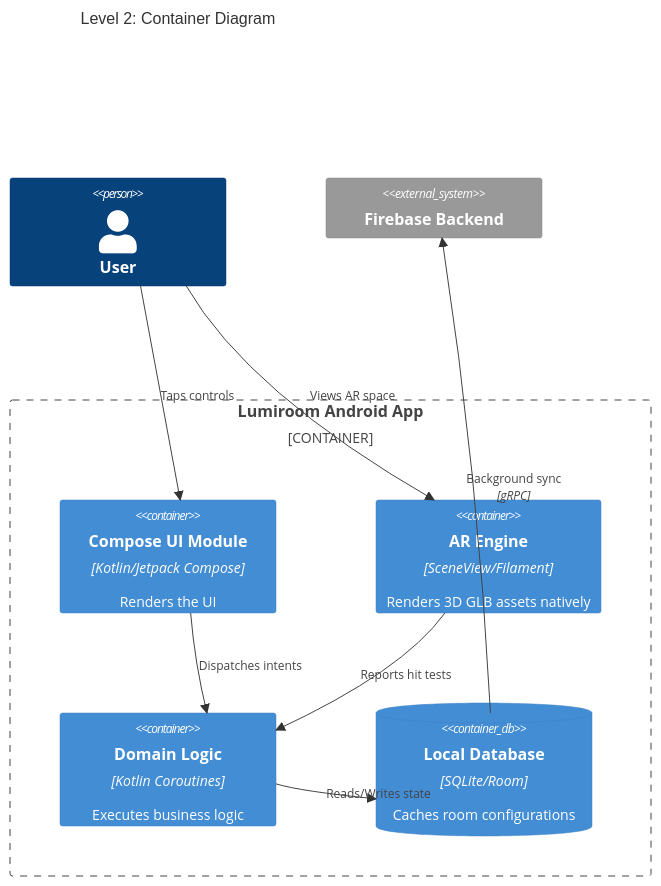
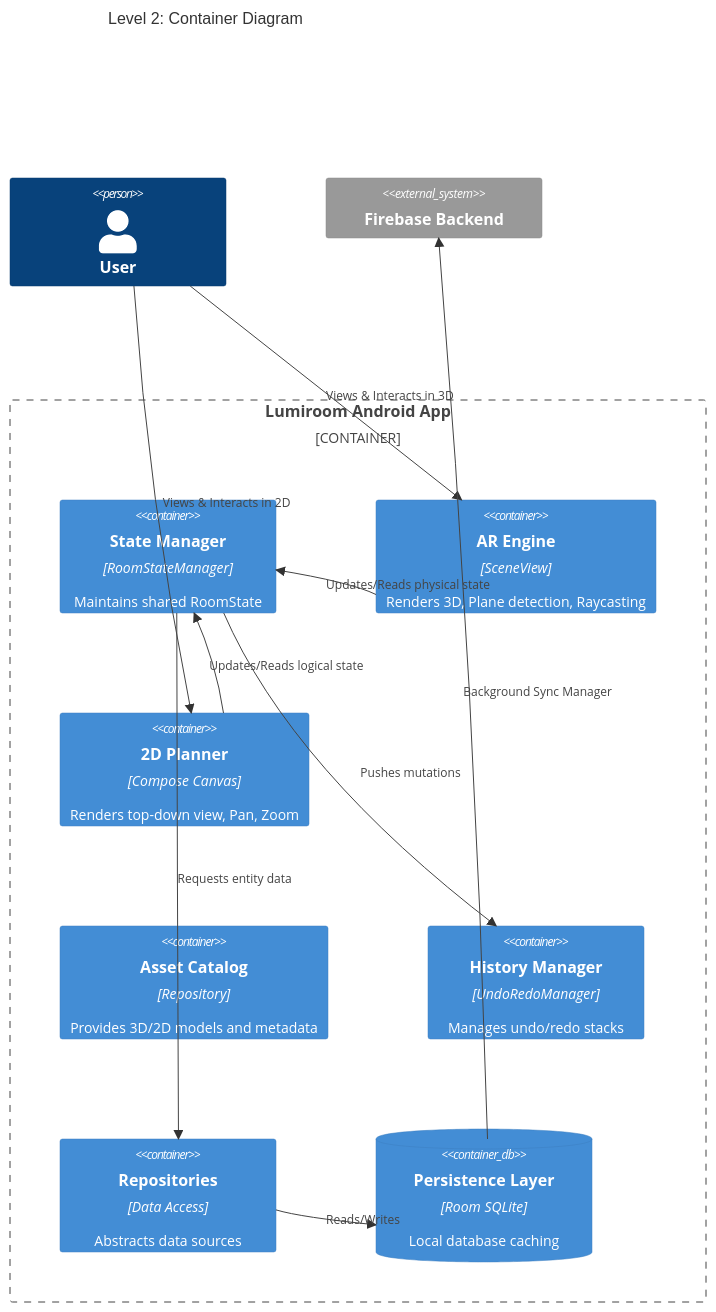
The second of 3 diagrams in docs/C4Architecture.md (Vinoth-ai-20/lumiroom), drawn with Mermaid before and after one commit. The commit also changed other lines of this file and 63 other files, not shown here.

First line of the commit message:
fix(room-planner): improve hit-testing, drag behavior, and visual selection

````diff
--- a/docs/C4Architecture.md
+++ b/docs/C4Architecture.md
@@ -37,22 +34,27 @@
 ```mermaid
 C4Container
     title Level 2: Container Diagram
     
     Person(user, "User")
     
     Container_Boundary(mobile, "Lumiroom Android App") {
-        Container(ui, "Compose UI Module", "Kotlin/Jetpack Compose", "Renders the UI")
-        Container(ar_engine, "AR Engine", "SceneView/Filament", "Renders 3D GLB assets natively")
-        Container(domain, "Domain Logic", "Kotlin Coroutines", "Executes business logic")
-        ContainerDb(room, "Local Database", "SQLite/Room", "Caches room configurations")
+        Container(state_manager, "State Manager", "RoomStateManager", "Maintains shared RoomState")
+        Container(ar_engine, "AR Engine", "SceneView", "Renders 3D, Plane detection, Raycasting")
+        Container(planner_2d, "2D Planner", "Compose Canvas", "Renders top-down view, Pan, Zoom")
+        Container(asset_catalog, "Asset Catalog", "Repository", "Provides 3D/2D models and metadata")
+        Container(history, "History Manager", "UndoRedoManager", "Manages undo/redo stacks")
+        Container(repos, "Repositories", "Data Access", "Abstracts data sources")
+        ContainerDb(persistence, "Persistence Layer", "Room SQLite", "Local database caching")
     }
     
     System_Ext(firebase, "Firebase Backend")
     
-    Rel(user, ui, "Taps controls")
-    Rel(user, ar_engine, "Views AR space")
-    Rel(ui, domain, "Dispatches intents")
-    Rel(ar_engine, domain, "Reports hit tests")
-    Rel(domain, room, "Reads/Writes state")
-    Rel(room, firebase, "Background sync", "gRPC")
+    Rel(user, ar_engine, "Views & Interacts in 3D")
+    Rel(user, planner_2d, "Views & Interacts in 2D")
+    Rel(ar_engine, state_manager, "Updates/Reads physical state")
+    Rel(planner_2d, state_manager, "Updates/Reads logical state")
+    Rel(state_manager, history, "Pushes mutations")
+    Rel(state_manager, repos, "Requests entity data")
+    Rel(repos, persistence, "Reads/Writes")
+    Rel(persistence, firebase, "Background Sync Manager")
 ```
````
